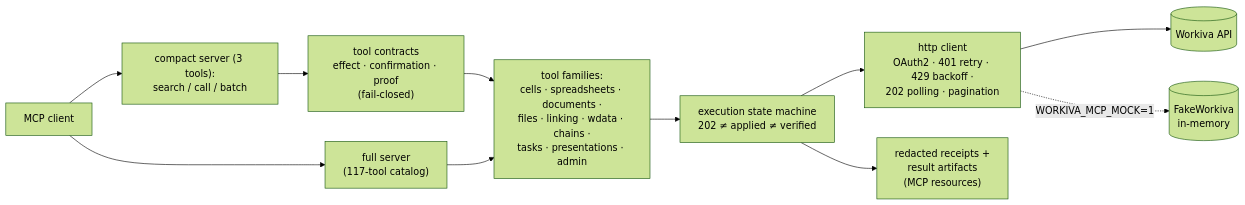
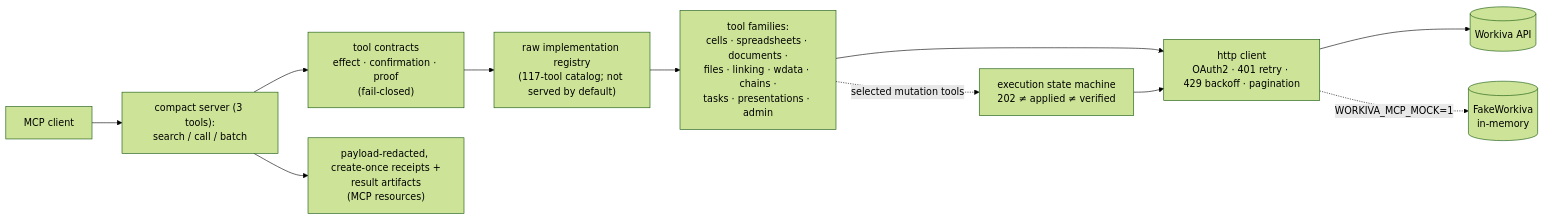
Before and after one commit to dbett4/regulated-reporting-mcp: the diagram in README.md, drawn with Mermaid (forest theme). The commit also changed other lines of this file and 17 other files, not shown here.

````diff
--- a/README.md
+++ b/README.md
@@ -33,13 +33,13 @@
 ```mermaid
 flowchart LR
     C[MCP client] --> CS["compact server (3 tools):<br/>search / call / batch"]
-    C --> FS["full server<br/>(117-tool catalog)"]
     CS --> TC["tool contracts<br/>effect · confirmation · proof<br/>(fail-closed)"]
-    TC --> T["tool families:<br/>cells · spreadsheets · documents ·<br/>files · linking · wdata · chains ·<br/>tasks · presentations · admin"]
-    FS --> T
-    T --> EX["execution state machine<br/>202 ≠ applied ≠ verified"]
-    EX --> H["http client<br/>OAuth2 · 401 retry · 429 backoff ·<br/>202 polling · pagination"]
+    TC --> FS["raw implementation registry<br/>(117-tool catalog; not served by default)"]
+    FS --> T["tool families:<br/>cells · spreadsheets · documents ·<br/>files · linking · wdata · chains ·<br/>tasks · presentations · admin"]
+    T --> H["http client<br/>OAuth2 · 401 retry · 429 backoff · pagination"]
+    T -. selected mutation tools .-> EX["execution state machine<br/>202 ≠ applied ≠ verified"]
+    EX --> H
     H --> W[(Workiva API)]
     H -. WORKIVA_MCP_MOCK=1 .-> M[(FakeWorkiva<br/>in-memory)]
-    EX --> R["redacted receipts +<br/>result artifacts<br/>(MCP resources)"]
+    CS --> R["payload-redacted, create-once receipts +<br/>result artifacts<br/>(MCP resources)"]
 ```
````
